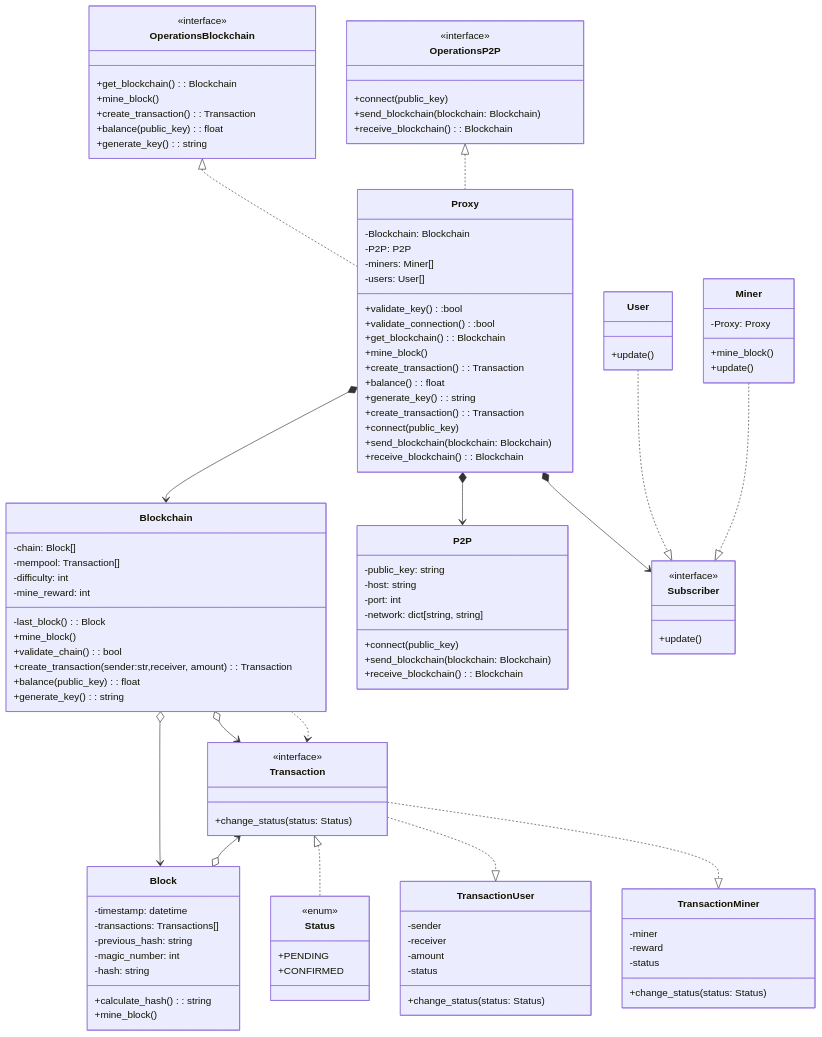
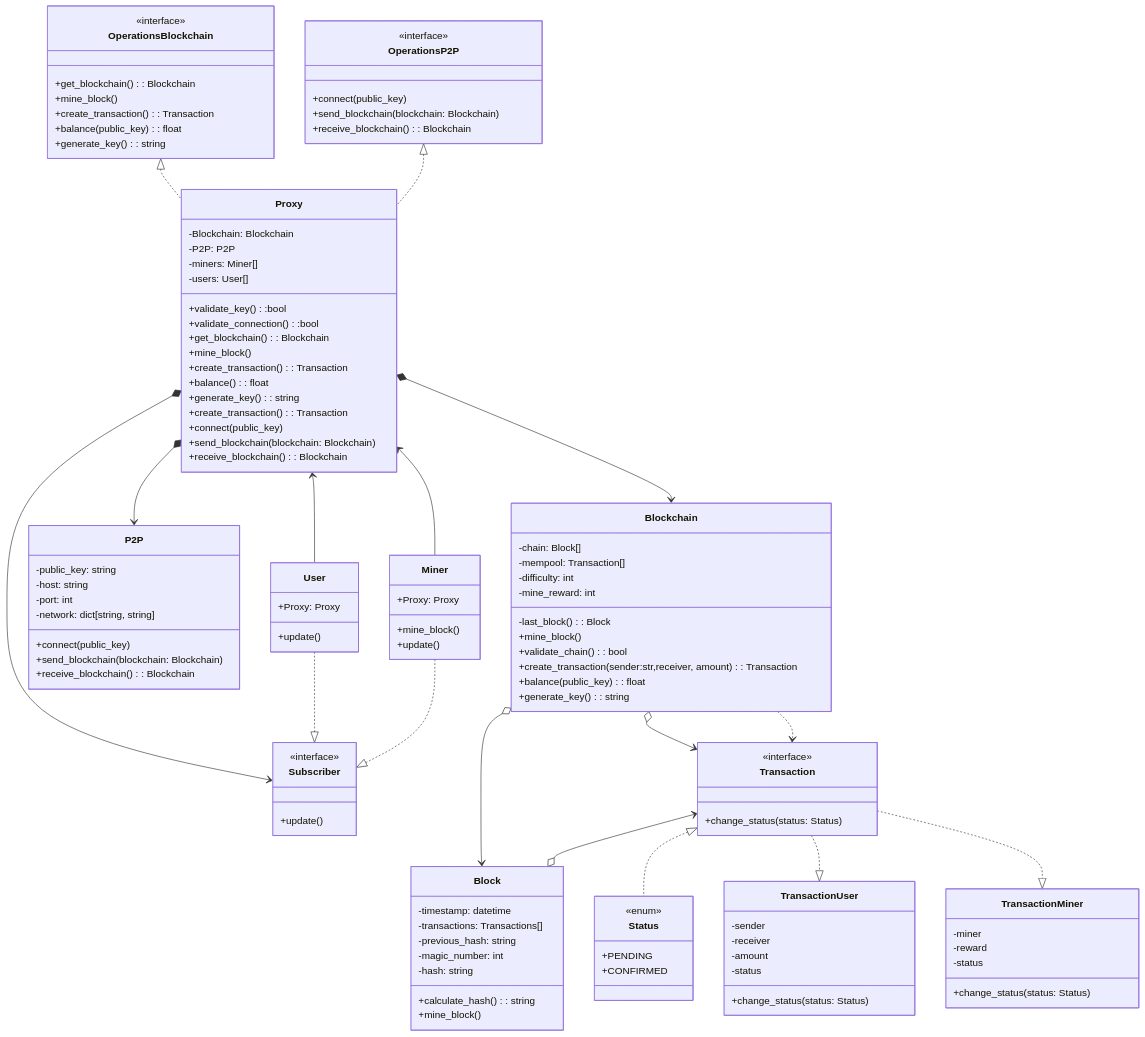
The diagram in UML.md (Salvador025/Crypto), drawn with Mermaid before and after one commit.

Commit message:
proxy in subscribers

````diff
--- a/UML.md
+++ b/UML.md
@@ -67,12 +67,13 @@
     }
 
     class Miner{
-        -Proxy: Proxy
+        +Proxy: Proxy
         +mine_block()
         +update()
     }
 
     class User{
+        +Proxy: Proxy
         +update()
     }
 
@@ -131,5 +132,7 @@
     Proxy *--> Subscriber
     User ..|> Subscriber  
     Miner ..|> Subscriber
+    Proxy <-- Miner
+    Proxy <-- User
 
 ```
````
